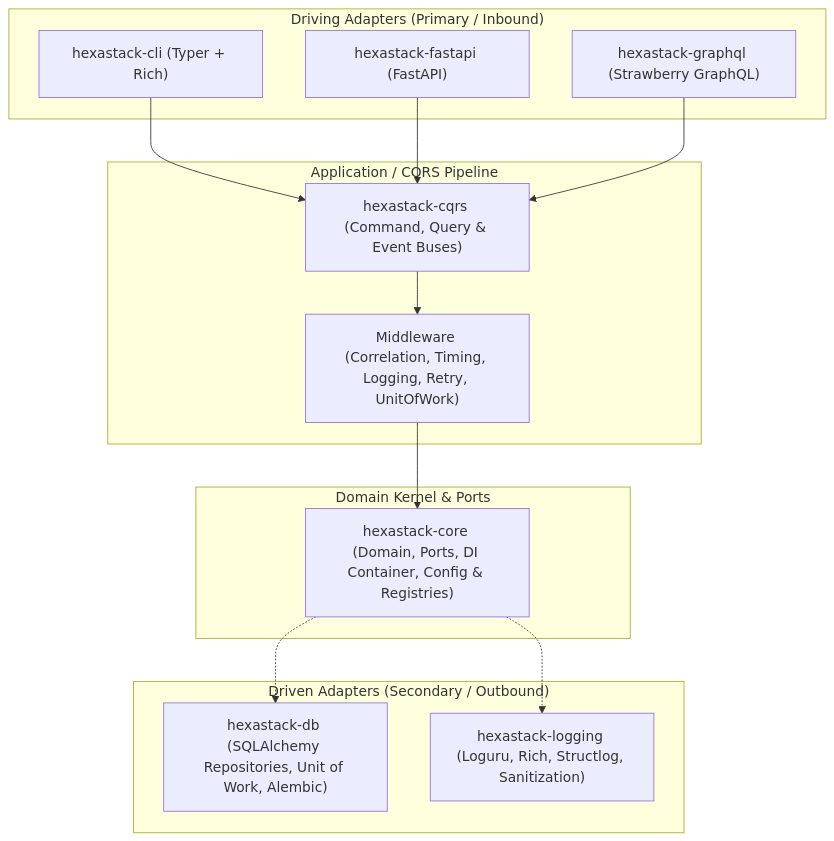
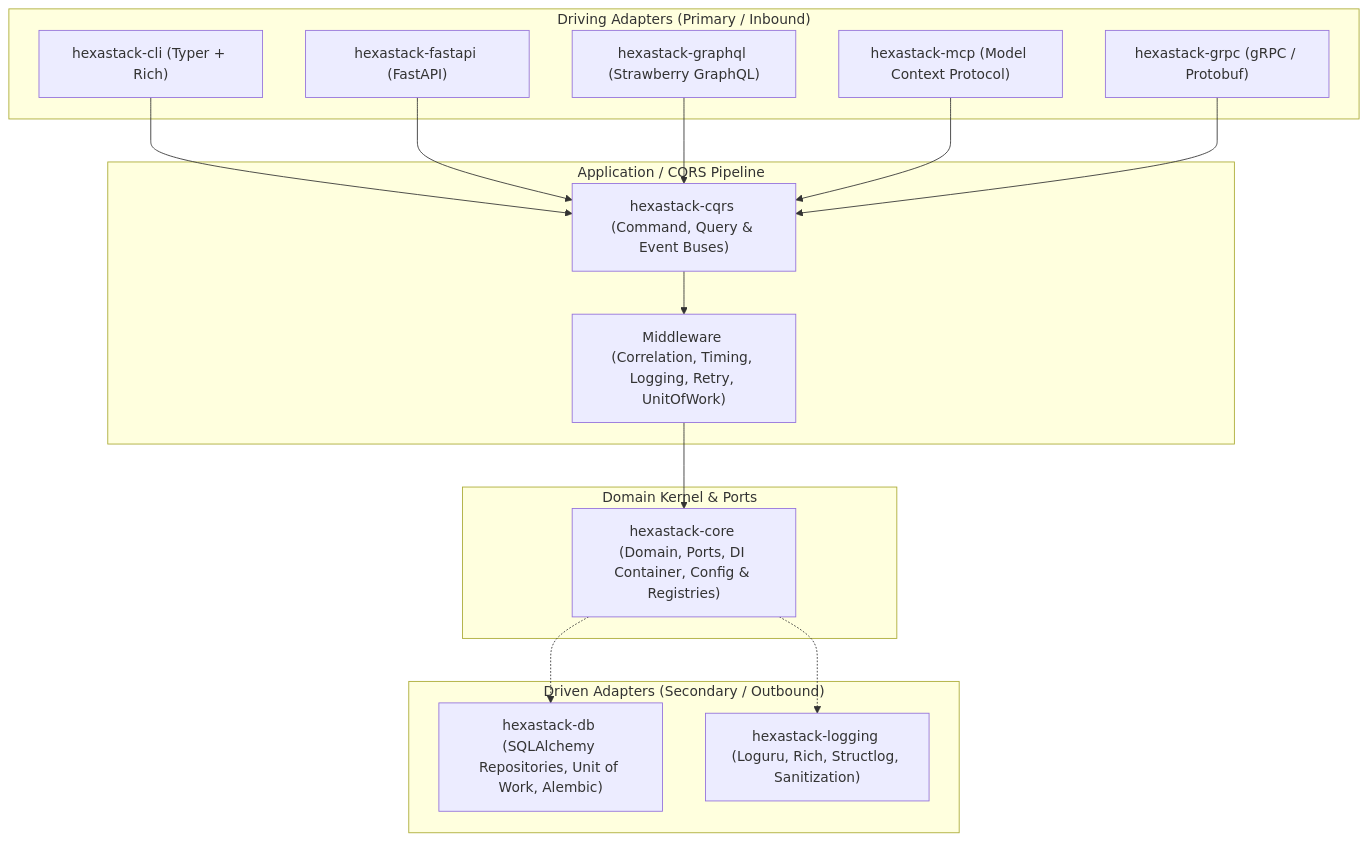
Before and after one commit to TheTrueSCU/hexastack: the first of 2 diagrams in README.md, drawn with Mermaid. The commit also changed other lines of this file and 46 other files, not shown here.

Commit message:
add hexastack-grpc and mcp

````diff
--- a/README.md
+++ b/README.md
@@ -15,30 +15,34 @@
 ```mermaid
 graph TD
     subgraph DrivingAdapters ["Driving Adapters (Primary / Inbound)"]
         CLI["hexastack-cli (Typer + Rich)"]
         REST["hexastack-fastapi (FastAPI)"]
         GQL["hexastack-graphql (Strawberry GraphQL)"]
+        MCP["hexastack-mcp (Model Context Protocol)"]
+        GRPC["hexastack-grpc (gRPC / Protobuf)"]
     end
 
     subgraph CQRSExecution ["Application / CQRS Pipeline"]
         BUS["hexastack-cqrs (Command, Query & Event Buses)"]
         MW["Middleware (Correlation, Timing, Logging, Retry, UnitOfWork)"]
     end
 
     subgraph DomainKernel ["Domain Kernel & Ports"]
         CORE["hexastack-core (Domain, Ports, DI Container, Config & Registries)"]
     end
 
     subgraph DrivenAdapters ["Driven Adapters (Secondary / Outbound)"]
         DB["hexastack-db (SQLAlchemy Repositories, Unit of Work, Alembic)"]
         LOG["hexastack-logging (Loguru, Rich, Structlog, Sanitization)"]
     end
 
     CLI --> BUS
     REST --> BUS
     GQL --> BUS
+    MCP --> BUS
+    GRPC --> BUS
     BUS --> MW
     MW --> CORE
     CORE -.-> DB
     CORE -.-> LOG
 ```
````
